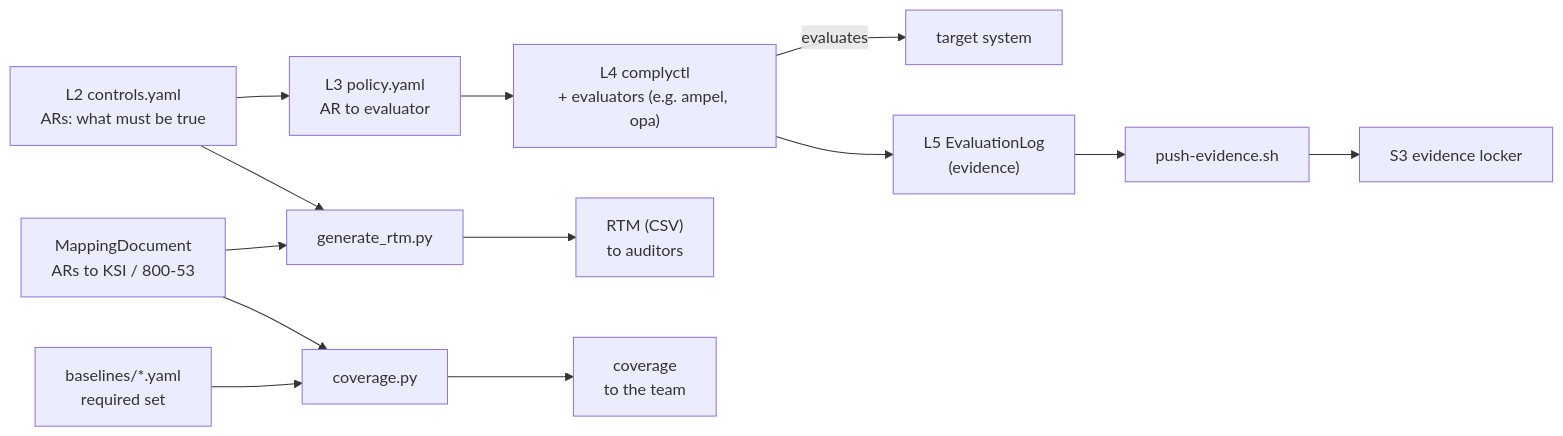
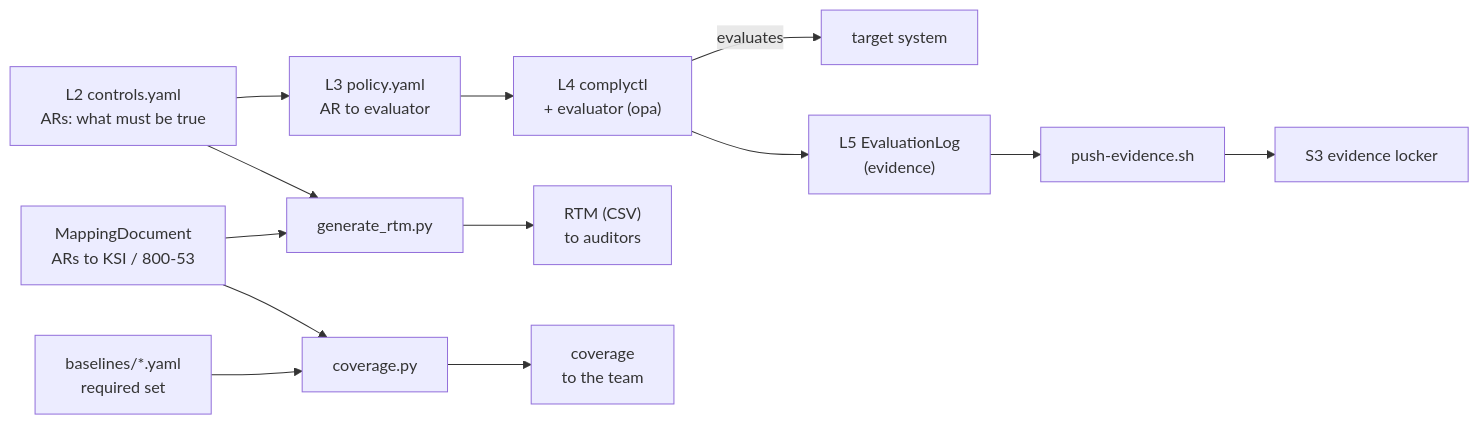
One commit to jmelis/rosa-seaplane-compliance changed the diagram in README.md. Above: the diagram before and after it, drawn with Mermaid. The commit also changed other lines of this file and 24 other files, not shown here.

First line of the commit message:
Move AR01 from ampel to OPA and make OPA the single evaluator

````diff
--- a/README.md
+++ b/README.md
@@ -23,19 +23,19 @@
 ```mermaid
 flowchart LR
     CTRL["L2 controls.yaml<br/>ARs: what must be true"]
     POL["L3 policy.yaml<br/>AR to evaluator"]
     MAP["MappingDocument<br/>ARs to KSI / 800-53"]
     BASE["baselines/*.yaml<br/>required set"]
 
-    CTRL --> POL --> CC["L4 complyctl<br/>+ evaluators (e.g. ampel, opa)"]
+    CTRL --> POL --> CC["L4 complyctl<br/>+ evaluator (opa)"]
     CC -->|evaluates| TGT["target system"]
     CC --> LOG["L5 EvaluationLog<br/>(evidence)"]
 
     CTRL --> RTM["generate_rtm.py"]
     MAP --> RTM --> RTMCSV["RTM (CSV)<br/>to auditors"]
 
     MAP --> COVSC["coverage.py"]
     BASE --> COVSC --> COV["coverage<br/>to the team"]
 
     LOG --> PUSH["push-evidence.sh"] --> S3["S3 evidence locker"]
 ```
````
